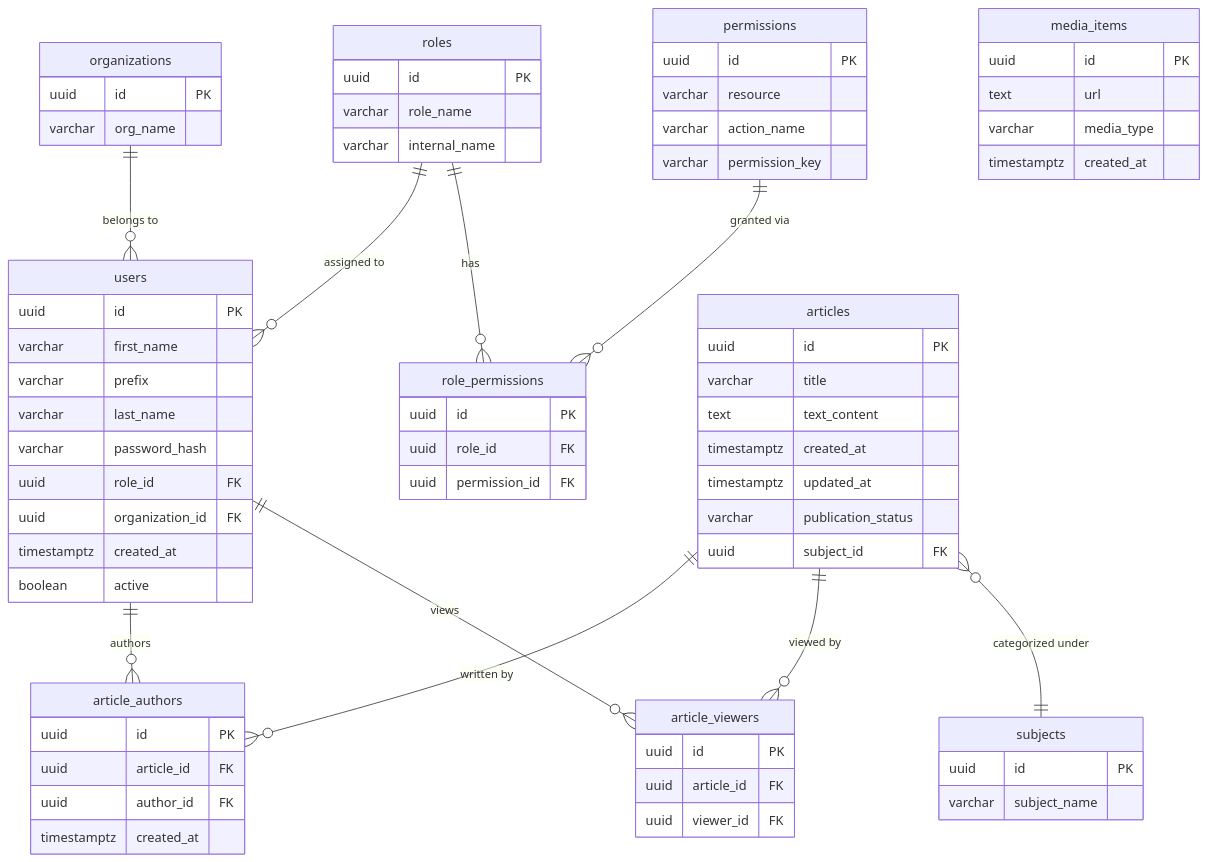
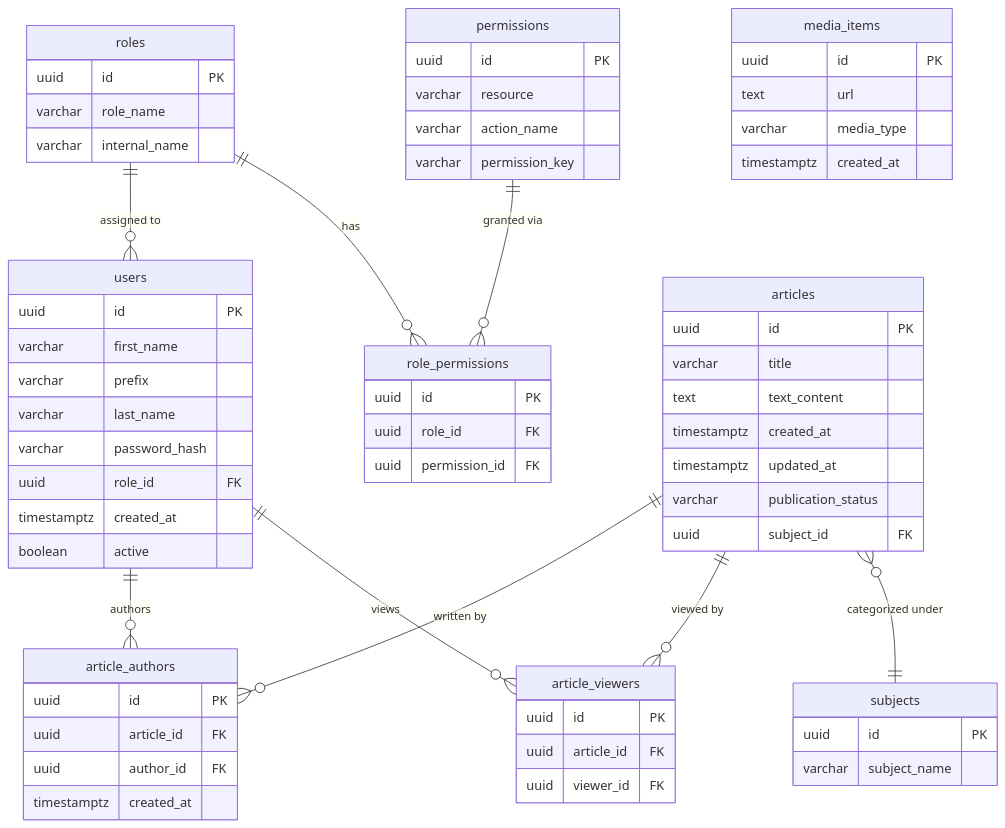
Before and after one commit to fayece/INFDTS01_Hardwerkende-Nederlanders: the diagram in hr-cms/docs/pii-classification-postgresql.md, drawn with Mermaid. The commit also changed other lines of this file and 2 other files, not shown here.

First line of the commit message:
PII docs: Neo4j name fields, remove orgs

````diff
--- a/hr-cms/docs/pii-classification-postgresql.md
+++ b/hr-cms/docs/pii-classification-postgresql.md
@@ -23,74 +23,68 @@
 ```mermaid
 erDiagram
-    organizations ||--o{ users : "belongs to"
     roles ||--o{ users : "assigned to"
     roles ||--o{ role_permissions : "has"
     permissions ||--o{ role_permissions : "granted via"
     users ||--o{ article_authors : "authors"
     articles ||--o{ article_authors : "written by"
     articles ||--o{ article_viewers : "viewed by"
     users ||--o{ article_viewers : "views"
     articles }o--|| subjects : "categorized under"
 
-    organizations {
-        uuid id PK
-        varchar org_name
-    }
     roles {
         uuid id PK
         varchar role_name
         varchar internal_name
     }
     permissions {
         uuid id PK
         varchar resource
         varchar action_name
         varchar permission_key
     }
     role_permissions {
         uuid id PK
         uuid role_id FK
         uuid permission_id FK
     }
     users {
         uuid id PK
         varchar first_name
         varchar prefix
         varchar last_name
         varchar password_hash
         uuid role_id FK
-        uuid organization_id FK
         timestamptz created_at
         boolean active
     }
     subjects {
         uuid id PK
         varchar subject_name
     }
     articles {
         uuid id PK
         varchar title
         text text_content
         timestamptz created_at
         timestamptz updated_at
         varchar publication_status
         uuid subject_id FK
     }
     article_authors {
         uuid id PK
         uuid article_id FK
         uuid author_id FK
         timestamptz created_at
     }
     article_viewers {
         uuid id PK
         uuid article_id FK
         uuid viewer_id FK
     }
     media_items {
         uuid id PK
         text url
         varchar media_type
         timestamptz created_at
     }
 ```
````
